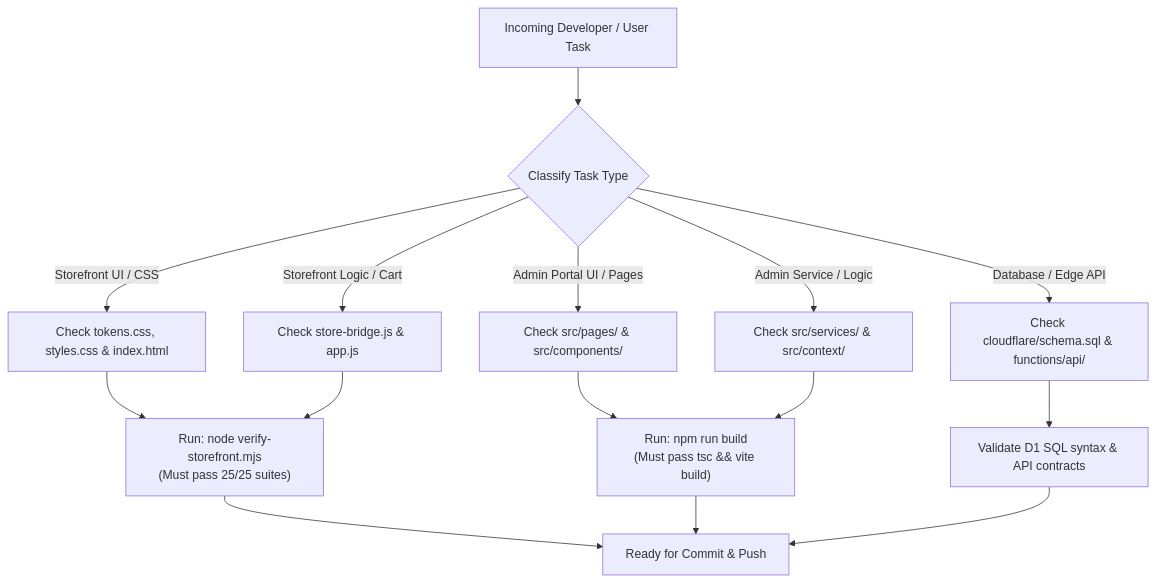
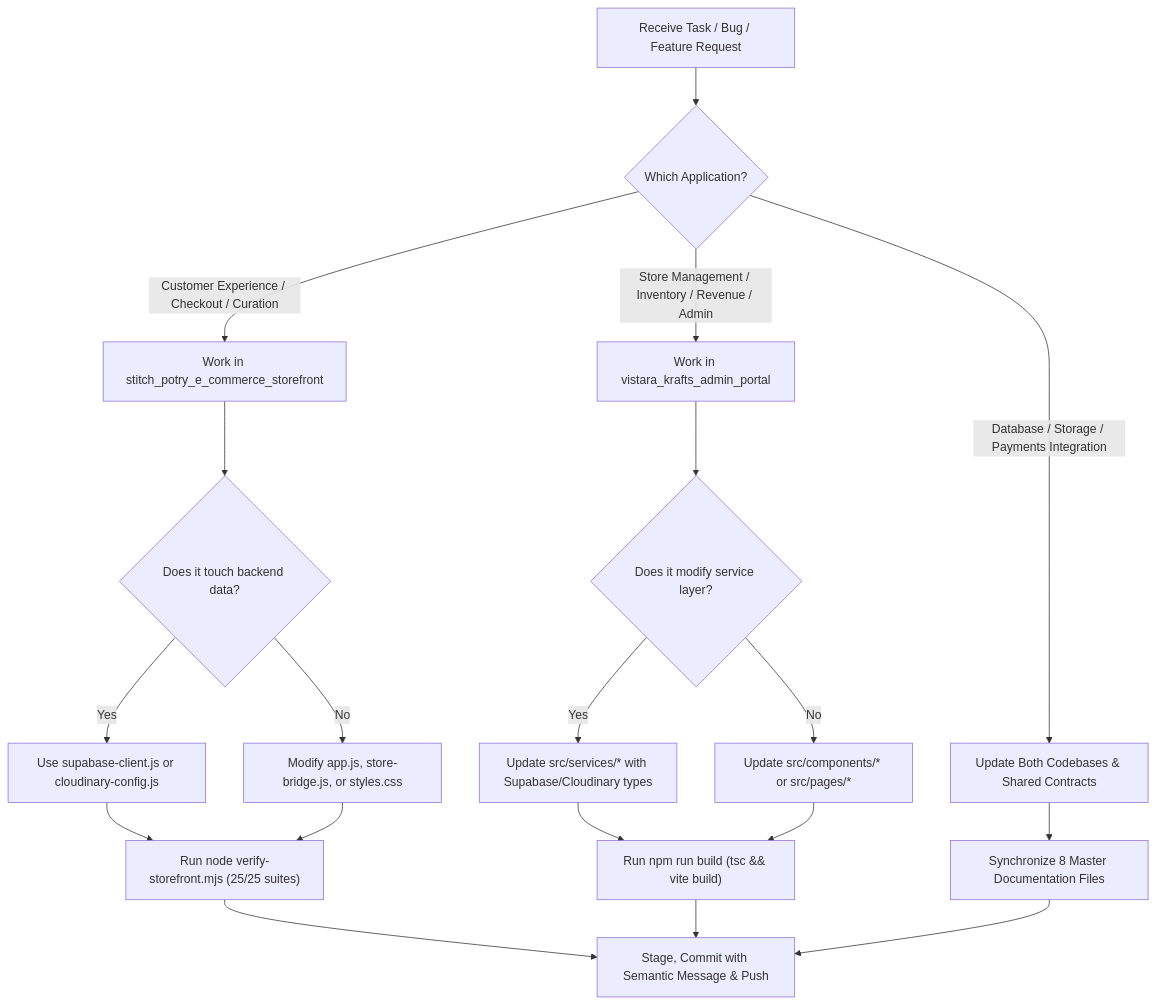
One commit to abhieee-java/vistara-krafts-admin changed the second of 2 diagrams in AGENTS.md. Above: the diagram before and after it, drawn with Mermaid. The commit also changed other lines of this file and 17 other files, not shown here.

Commit message:
feat: complete migration to Supabase (DB + Auth) and Cloudinary (Storage), update 8 master docs

````diff
--- a/AGENTS.md
+++ b/AGENTS.md
@@ -139,16 +154,25 @@
 ```mermaid
 flowchart TD
-    Req["Incoming Developer / User Task"] --> Classify{"Classify Task Type"}
+    Start["Receive Task / Bug / Feature Request"] --> Classify{"Which Application?"}
     
-    Classify -->|"Storefront UI / CSS"| S1["Check tokens.css, styles.css & index.html"]
-    Classify -->|"Storefront Logic / Cart"| S2["Check store-bridge.js & app.js"]
-    Classify -->|"Admin Portal UI / Pages"| A1["Check src/pages/ & src/components/"]
-    Classify -->|"Admin Service / Logic"| A2["Check src/services/ & src/context/"]
-    Classify -->|"Database / Edge API"| B1["Check cloudflare/schema.sql & functions/api/"]
+    Classify -->|"Customer Experience / Checkout / Curation"| SF["Work in stitch_potry_e_commerce_storefront"]
+    Classify -->|"Store Management / Inventory / Revenue / Admin"| AP["Work in vistara_krafts_admin_portal"]
+    Classify -->|"Database / Storage / Payments Integration"| Dual["Update Both Codebases & Shared Contracts"]
+    
+    SF --> SF_Check{"Does it touch backend data?"}
+    SF_Check -->|"Yes"| SF_SB["Use supabase-client.js or cloudinary-config.js"]
+    SF_Check -->|"No"| SF_UI["Modify app.js, store-bridge.js, or styles.css"]
+    SF_SB --> SF_Test["Run node verify-storefront.mjs (25/25 suites)"]
+    SF_UI --> SF_Test
 
-    S1 & S2 --> V1["Run: node verify-storefront.mjs<br/>(Must pass 25/25 suites)"]
-    A1 & A2 --> V2["Run: npm run build<br/>(Must pass tsc && vite build)"]
-    B1 --> V3["Validate D1 SQL syntax & API contracts"]
+    AP --> AP_Check{"Does it modify service layer?"}
+    AP_Check -->|"Yes"| AP_Service["Update src/services/* with Supabase/Cloudinary types"]
+    AP_Check -->|"No"| AP_UI["Update src/components/* or src/pages/*"]
+    AP_Service --> AP_Test["Run npm run build (tsc && vite build)"]
+    AP_UI --> AP_Test
 
-    V1 & V2 & V3 --> Ready["Ready for Commit & Push"]
+    Dual --> Docs["Synchronize 8 Master Documentation Files"]
+    SF_Test --> Commit["Stage, Commit with Semantic Message & Push"]
+    AP_Test --> Commit
+    Docs --> Commit
 ```
````
